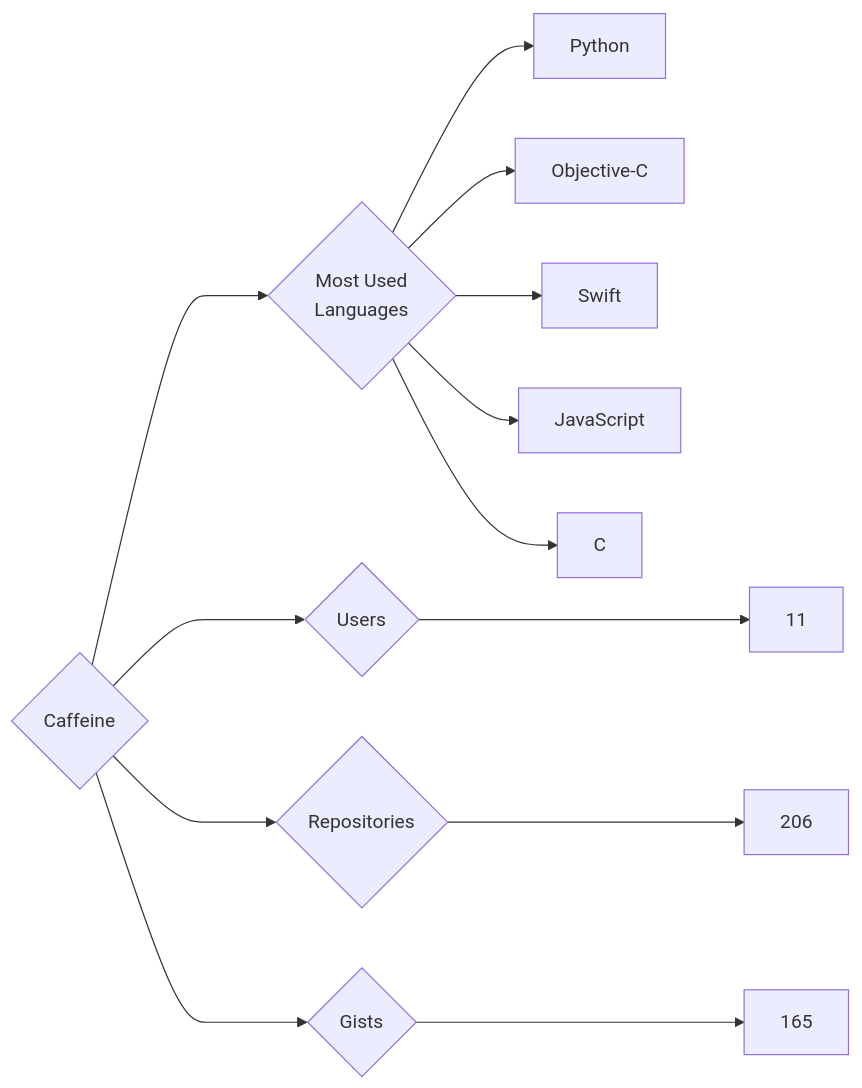
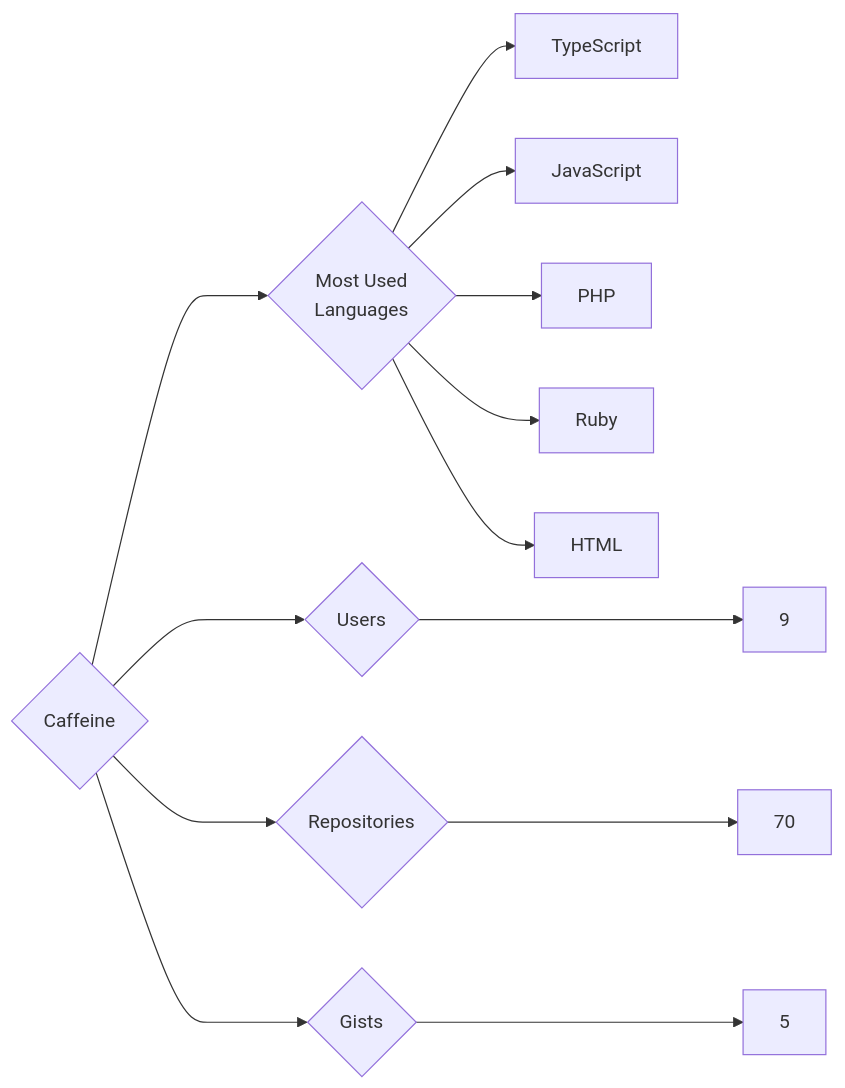
The diagram in targets/Caffeine/README.md (trickest/insiders), drawn with Mermaid before and after one commit. The commit also changed 882 other files, not shown here.

````diff
--- a/targets/Caffeine/README.md
+++ b/targets/Caffeine/README.md
@@ -3,13 +3,13 @@
 ```mermaid
 graph LR
 COMPANY_NAME{Caffeine}
-COMPANY_NAME ---> U{Users} ---> UN[11]
-COMPANY_NAME ---> R{Repositories} ---> RN[206]
-COMPANY_NAME ---> G{Gists} ---> GN[165]
+COMPANY_NAME ---> U{Users} ---> UN[9]
+COMPANY_NAME ---> R{Repositories} ---> RN[70]
+COMPANY_NAME ---> G{Gists} ---> GN[5]
 COMPANY_NAME ---> ML{Most Used<br>Languages}
-ML --> Python[Python]
-ML --> Objective-C[Objective-C]
-ML --> Swift[Swift]
+ML --> TypeScript[TypeScript]
 ML --> JavaScript[JavaScript]
-ML --> C[C]
+ML --> PHP[PHP]
+ML --> Ruby[Ruby]
+ML --> HTML[HTML]
 ```
````
